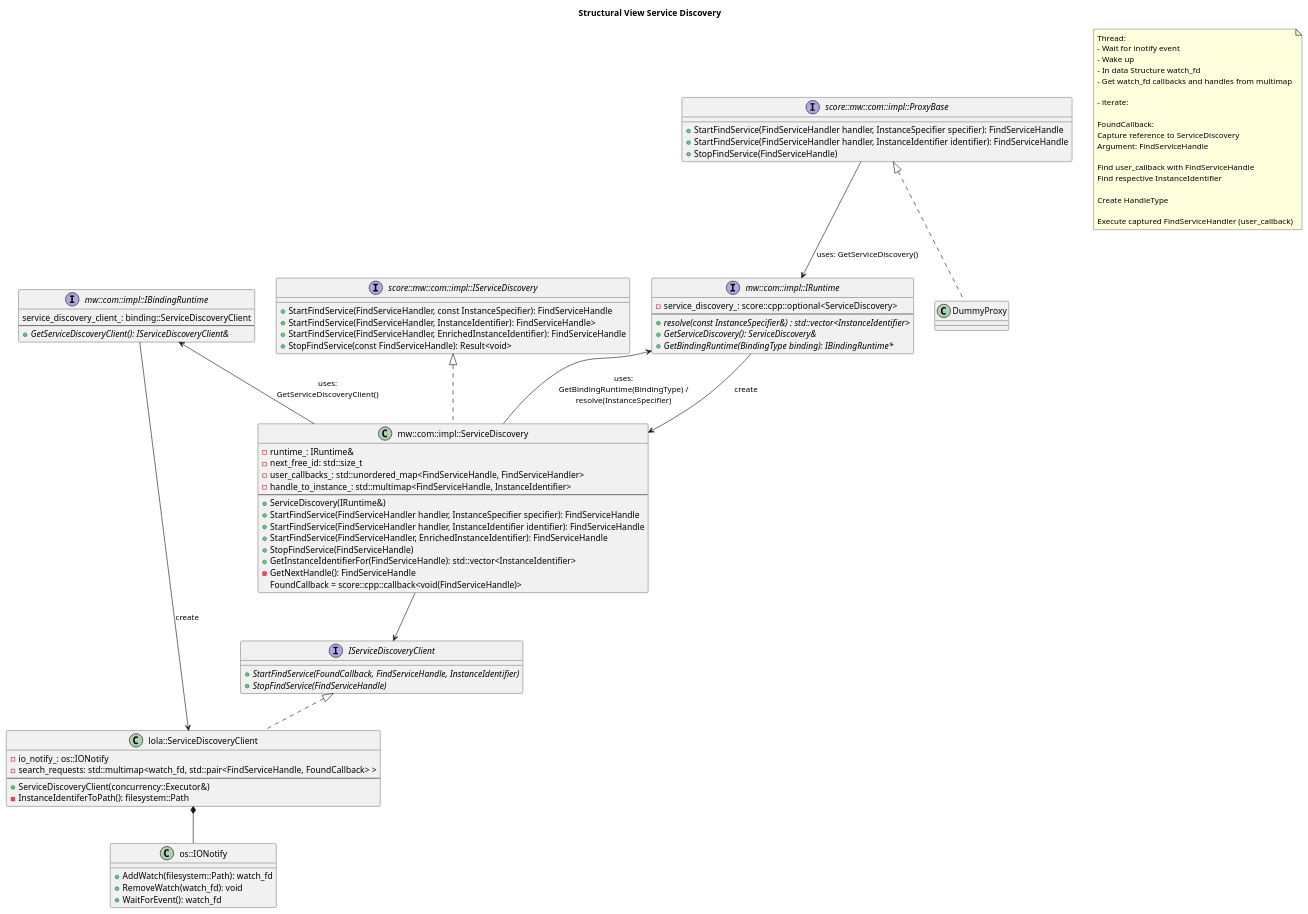
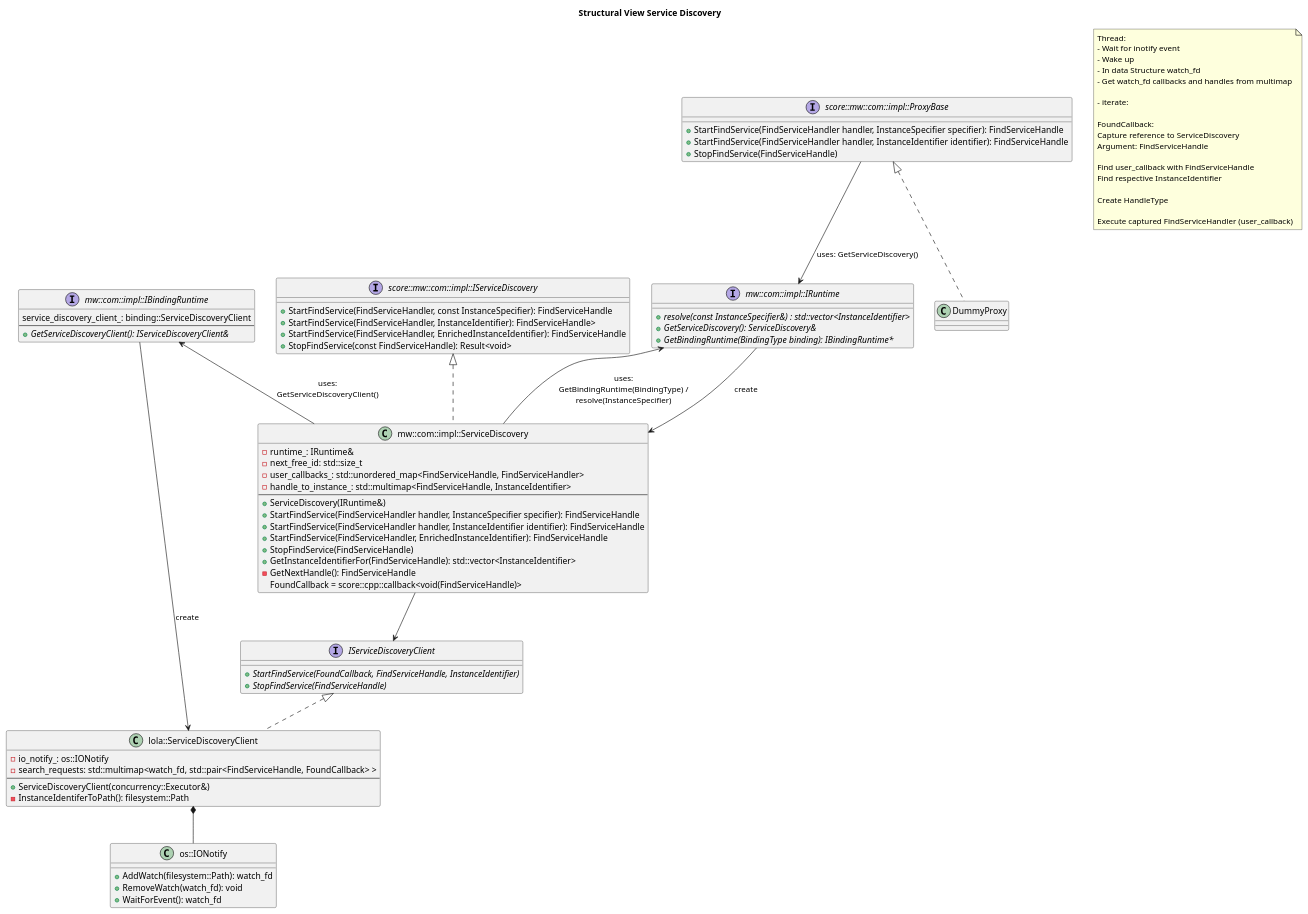
Before and after one commit to eclipse-score/communication: the diagram in score/mw/com/design/service_discovery/structural_view.puml, drawn with PlantUML. The commit also changed 12 other files, not shown here.

First line of the commit message:
mw/com: fix puml files after replacing score::cpp::optional with std::optional

```diff
--- a/score/mw/com/design/service_discovery/structural_view.puml
+++ b/score/mw/com/design/service_discovery/structural_view.puml
@@ -1,101 +1,99 @@
 @startuml structural_view_service_discovery
 title "Structural View Service Discovery"
 
 interface "mw::com::impl::IRuntime" as IRuntime {
-  - service_discovery_: score::cpp::optional<ServiceDiscovery>
-  --
   + {abstract} resolve(const InstanceSpecifier&) : std::vector<InstanceIdentifier>
   + {abstract} GetServiceDiscovery(): ServiceDiscovery&
   + {abstract} GetBindingRuntime(BindingType binding): IBindingRuntime*
 }
 
 class "mw::com::impl::ServiceDiscovery" as ServiceDiscovery {
   - runtime_: IRuntime&
   - next_free_id: std::size_t
   - user_callbacks_: std::unordered_map<FindServiceHandle, FindServiceHandler>
   - handle_to_instance_: std::multimap<FindServiceHandle, InstanceIdentifier>
   --
   + ServiceDiscovery(IRuntime&)
   + StartFindService(FindServiceHandler handler, InstanceSpecifier specifier): FindServiceHandle
   + StartFindService(FindServiceHandler handler, InstanceIdentifier identifier): FindServiceHandle
   + StartFindService(FindServiceHandler, EnrichedInstanceIdentifier): FindServiceHandle
   + StopFindService(FindServiceHandle)
   + GetInstanceIdentifierFor(FindServiceHandle): std::vector<InstanceIdentifier>
   - GetNextHandle(): FindServiceHandle
   FoundCallback = score::cpp::callback<void(FindServiceHandle)>
 }
 
 class "lola::ServiceDiscoveryClient" as ServiceDiscoveryClient {
   - io_notify_: os::IONotify
   - search_requests: std::multimap<watch_fd, std::pair<FindServiceHandle, FoundCallback> >
   --
   + ServiceDiscoveryClient(concurrency::Executor&)
   - InstanceIdentiferToPath(): filesystem::Path
 }
 
 interface "mw::com::impl::IBindingRuntime" as IBindingRuntime {
   service_discovery_client_: binding::ServiceDiscoveryClient
   --
   + {abstract} GetServiceDiscoveryClient(): IServiceDiscoveryClient&
 }
 
 interface "score::mw::com::impl::ProxyBase" as ProxyBase {
   + StartFindService(FindServiceHandler handler, InstanceSpecifier specifier): FindServiceHandle
   + StartFindService(FindServiceHandler handler, InstanceIdentifier identifier): FindServiceHandle
   + StopFindService(FindServiceHandle)
 }
 
 interface "IServiceDiscoveryClient" as IServiceDiscoveryClient {
   + {abstract} StartFindService(FoundCallback, FindServiceHandle, InstanceIdentifier)
   + {abstract} StopFindService(FindServiceHandle)
 }
 
 class "DummyProxy" as DummyProxy {
 }
 
 interface "score::mw::com::impl::IServiceDiscovery" as IServiceDiscovery {
   + StartFindService(FindServiceHandler, const InstanceSpecifier): FindServiceHandle
   + StartFindService(FindServiceHandler, InstanceIdentifier): FindServiceHandle>
   + StartFindService(FindServiceHandler, EnrichedInstanceIdentifier): FindServiceHandle
   + StopFindService(const FindServiceHandle): Result<void>
 }
 
 class "os::IONotify" as IONotify {
   + AddWatch(filesystem::Path): watch_fd
   + RemoveWatch(watch_fd): void
   + WaitForEvent(): watch_fd
 }
 
 IRuntime --> ServiceDiscovery : "create"
 ProxyBase --> IRuntime : "uses: GetServiceDiscovery()"
 IServiceDiscoveryClient <|.. ServiceDiscoveryClient
 IBindingRuntime --> ServiceDiscoveryClient : "create"
 ServiceDiscovery --> IServiceDiscoveryClient
 IRuntime <-- ServiceDiscovery : "uses:\nGetBindingRuntime(BindingType) /\nresolve(InstanceSpecifier)"
 IBindingRuntime <-- ServiceDiscovery : "uses:\nGetServiceDiscoveryClient()"
 ServiceDiscoveryClient *-- IONotify
 ProxyBase <|.. DummyProxy
 IServiceDiscovery <|.. ServiceDiscovery
 
 note as N1
 Thread:
 - Wait for inotify event
 - Wake up
 - In data Structure watch_fd
 - Get watch_fd callbacks and handles from multimap
 
 - iterate:
 
 FoundCallback:
 Capture reference to ServiceDiscovery
 Argument: FindServiceHandle
 
 Find user_callback with FindServiceHandle
 Find respective InstanceIdentifier
 
 Create HandleType
 
 Execute captured FindServiceHandler (user_callback)
 end note
 
 @enduml
```
